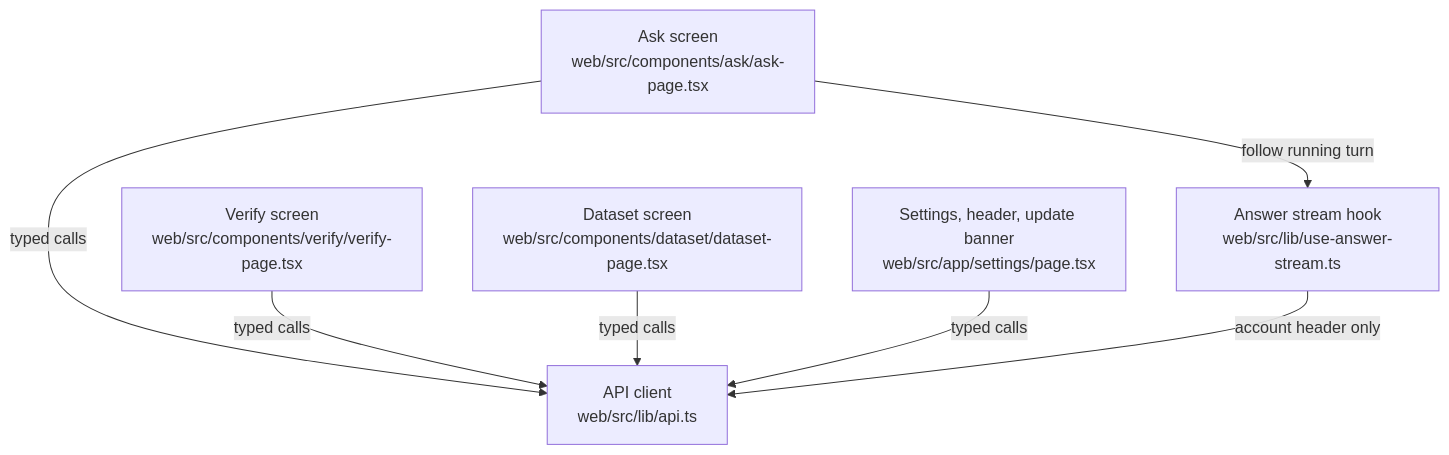
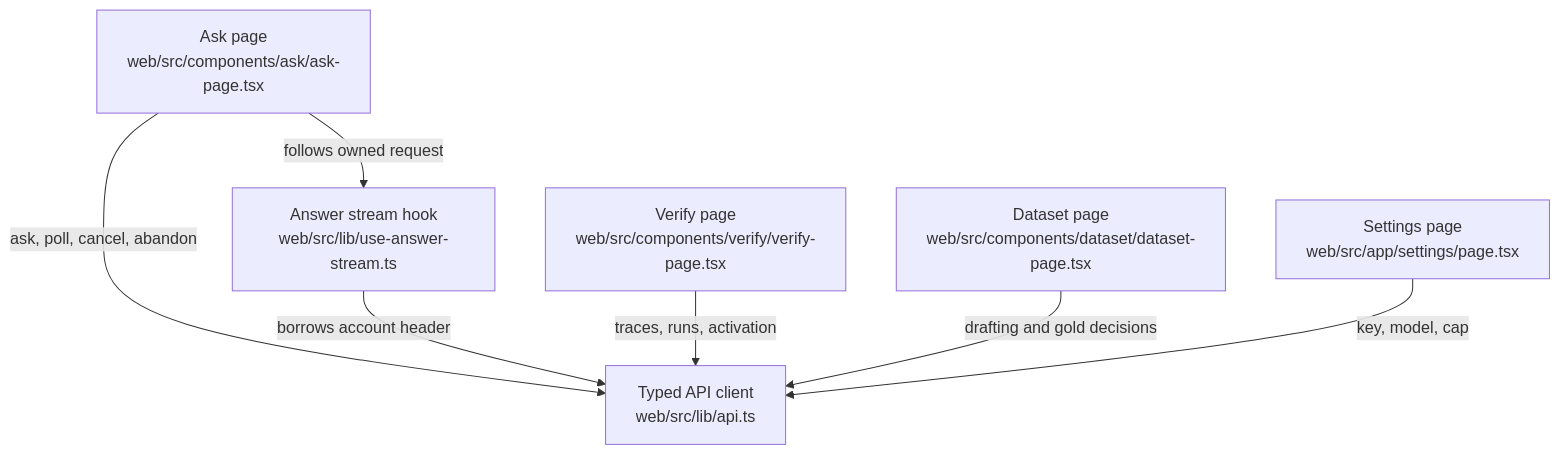
One commit to littleeeeebit/project-codeit-mid changed the diagram in .omm/overall-architecture/web-screens/diagram.mmd. Above: the diagram before and after it, drawn with Mermaid. The commit also changed 359 other files, not shown here.

Commit message:
Refresh wiki and architecture before merge

```diff
--- a/.omm/overall-architecture/web-screens/diagram.mmd
+++ b/.omm/overall-architecture/web-screens/diagram.mmd
@@ -1,7 +1,13 @@
 graph TD
-  ask-page["Ask screen\nweb/src/components/ask/ask-page.tsx"] -->|"typed calls"| api-client["API client\nweb/src/lib/api.ts"]
-  ask-page -->|"follow running turn"| answer-stream["Answer stream hook\nweb/src/lib/use-answer-stream.ts"]
-  verify-page["Verify screen\nweb/src/components/verify/verify-page.tsx"] -->|"typed calls"| api-client
-  dataset-page["Dataset screen\nweb/src/components/dataset/dataset-page.tsx"] -->|"typed calls"| api-client
-  settings-and-header["Settings, header, update banner\nweb/src/app/settings/page.tsx"] -->|"typed calls"| api-client
-  answer-stream -->|"account header only"| api-client
+  ask-page["Ask page\nweb/src/components/ask/ask-page.tsx"]
+  verify-page["Verify page\nweb/src/components/verify/verify-page.tsx"]
+  dataset-page["Dataset page\nweb/src/components/dataset/dataset-page.tsx"]
+  settings-page["Settings page\nweb/src/app/settings/page.tsx"]
+  api-client["Typed API client\nweb/src/lib/api.ts"]
+  answer-stream["Answer stream hook\nweb/src/lib/use-answer-stream.ts"]
+  ask-page -->|"ask, poll, cancel, abandon"| api-client
+  ask-page -->|"follows owned request"| answer-stream
+  answer-stream -->|"borrows account header"| api-client
+  verify-page -->|"traces, runs, activation"| api-client
+  dataset-page -->|"drafting and gold decisions"| api-client
+  settings-page -->|"key, model, cap"| api-client
```
